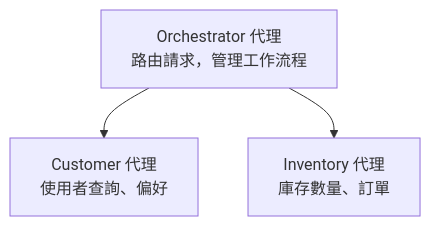
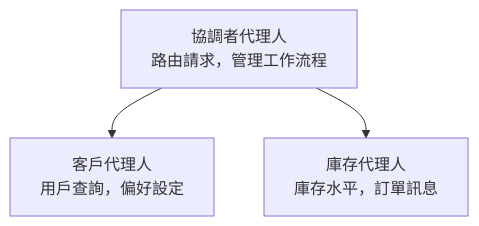
The diagram in translations/zh-TW/docs/chapter-05-multi-agent/README.md (microsoft/AZD-for-beginners), drawn with Mermaid before and after one commit. The commit also changed other lines of this file and 61 other files, not shown here.

````diff
--- a/translations/zh-TW/docs/chapter-05-multi-agent/README.md
+++ b/translations/zh-TW/docs/chapter-05-multi-agent/README.md
@@ -54,5 +54,5 @@
 ```mermaid
 graph TD
-    Orchestrator[Orchestrator 代理<br/>路由請求，管理工作流程] --> Customer[Customer 代理<br/>使用者查詢、偏好]
-    Orchestrator --> Inventory[Inventory 代理<br/>庫存數量、訂單]
+    Orchestrator[協調者代理人<br/>路由請求，管理工作流程] --> Customer[客戶代理人<br/>用戶查詢，偏好設定]
+    Orchestrator --> Inventory[庫存代理人<br/>庫存水平，訂單訊息]
 ```
````
